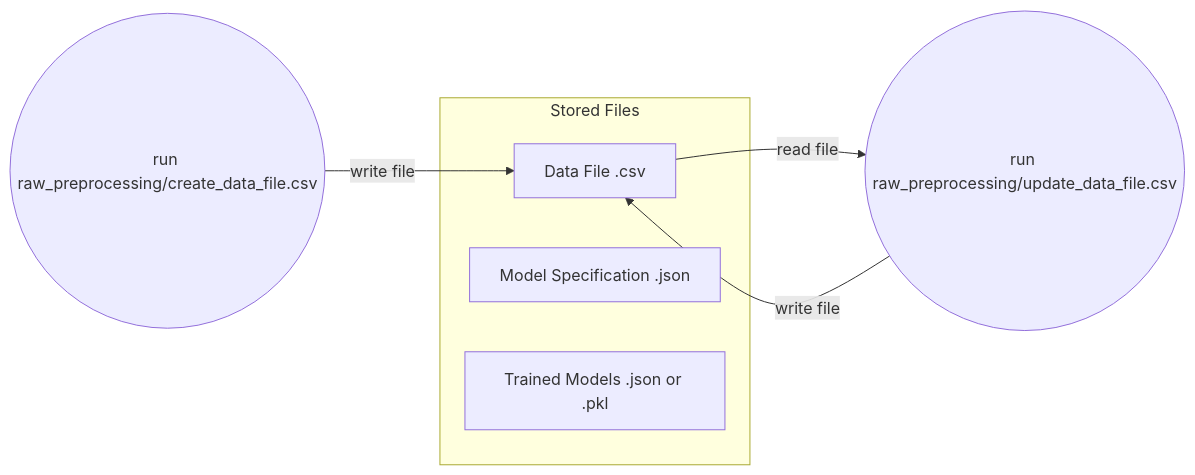
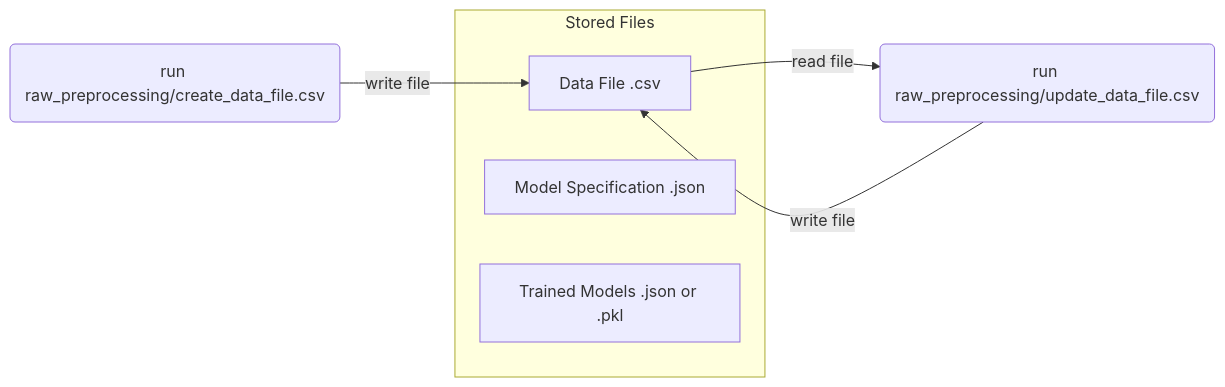
One commit to markusrupp/icing_flowshart changed the second of 2 diagrams in code_flow.md. Above: the diagram before and after it, drawn with Mermaid.

````diff
--- a/code_flow.md
+++ b/code_flow.md
@@ -17,12 +17,12 @@
 ```mermaid
 flowchart LR
     subgraph Stored Files
         CSV[Data File .csv]
         MS[Model Specification .json]
         MF[Trained Models .json or .pkl]
     end
-CCSV((run raw_preprocessing/create_data_file.csv)) -->|write file| CSV
-UCSV((run raw_preprocessing/update_data_file.csv)) -->|write file| CSV
+CCSV(run raw_preprocessing/create_data_file.csv) -->|write file| CSV
+UCSV(run raw_preprocessing/update_data_file.csv) -->|write file| CSV
 CSV -->|read file| UCSV
     
 ```
````
